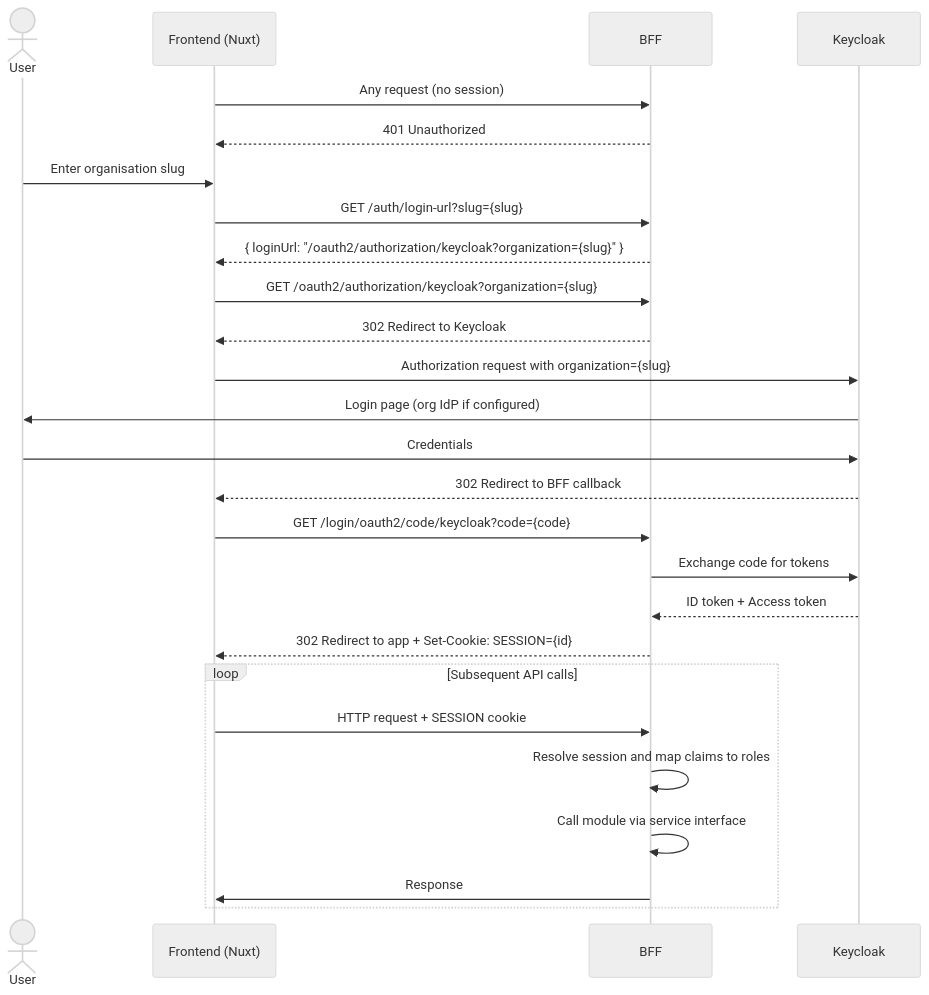
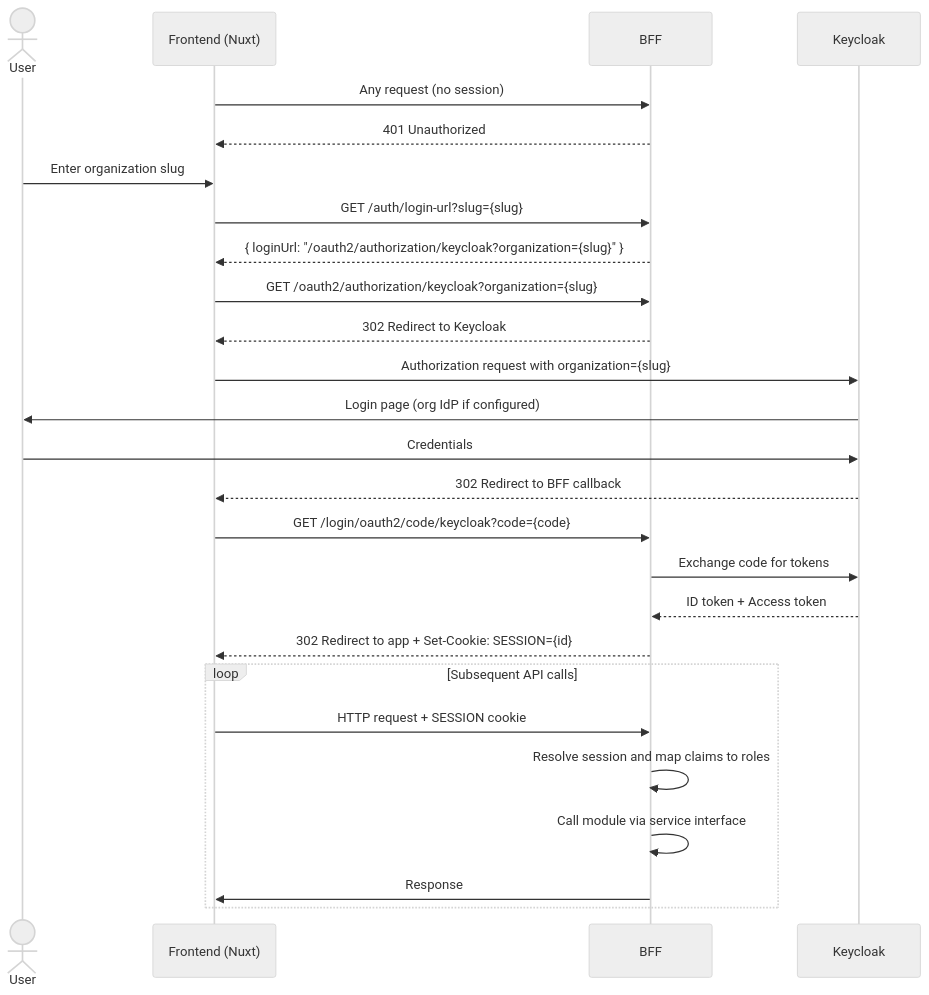
The diagram in technical/security.md (laucoin/my-project--documentation), drawn with Mermaid (neutral theme) before and after one commit. The commit also changed other lines of this file and 58 other files, not shown here.

````diff
--- a/technical/security.md
+++ b/technical/security.md
@@ -16,29 +16,29 @@
 ```mermaid
 sequenceDiagram
     actor User
     participant Frontend as Frontend (Nuxt)
     participant BFF
     participant Keycloak
     Frontend ->> BFF: Any request (no session)
     BFF -->> Frontend: 401 Unauthorized
-    User ->> Frontend: Enter organisation slug
+    User ->> Frontend: Enter organization slug
     Frontend ->> BFF: GET /auth/login-url?slug={slug}
     BFF -->> Frontend: { loginUrl: "/oauth2/authorization/keycloak?organization={slug}" }
     Frontend ->> BFF: GET /oauth2/authorization/keycloak?organization={slug}
     BFF -->> Frontend: 302 Redirect to Keycloak
     Frontend ->> Keycloak: Authorization request with organization={slug}
     Keycloak ->> User: Login page (org IdP if configured)
     User ->> Keycloak: Credentials
     Keycloak -->> Frontend: 302 Redirect to BFF callback
     Frontend ->> BFF: GET /login/oauth2/code/keycloak?code={code}
     BFF ->> Keycloak: Exchange code for tokens
     Keycloak -->> BFF: ID token + Access token
     BFF -->> Frontend: 302 Redirect to app + Set-Cookie: SESSION={id}
 
     loop Subsequent API calls
         Frontend ->> BFF: HTTP request + SESSION cookie
         BFF ->> BFF: Resolve session and map claims to roles
         BFF ->> BFF: Call module via service interface
         BFF ->> Frontend: Response
     end
 ```
````
